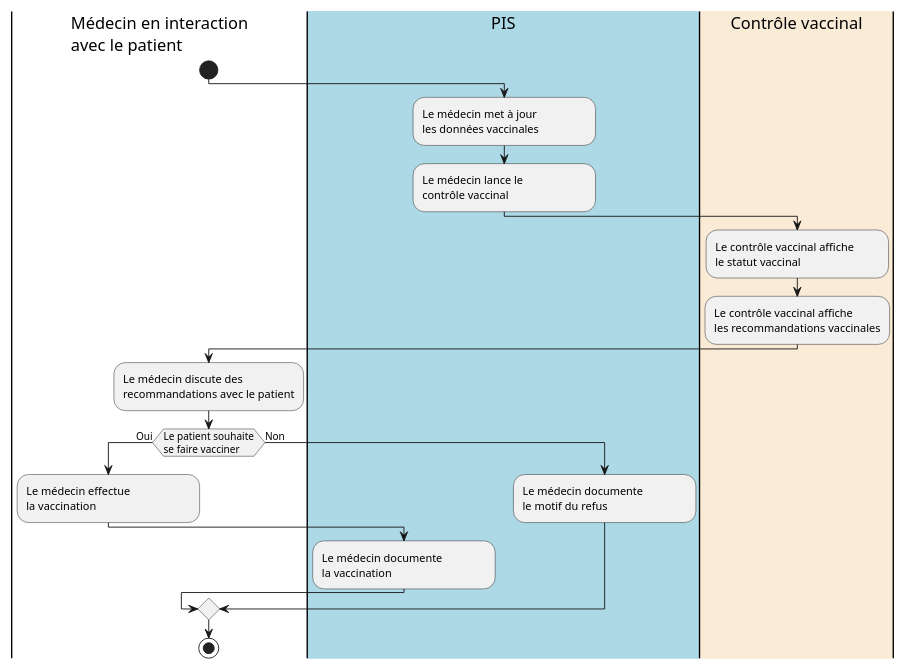
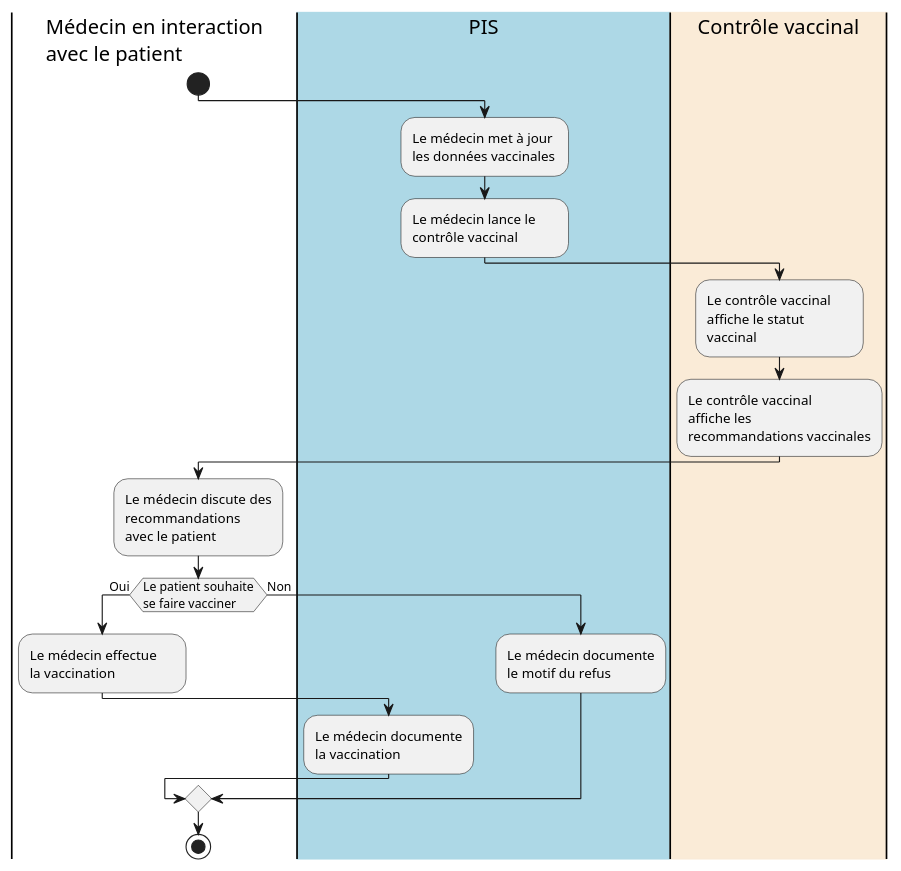
One commit to hl7ch/ch-vacd changed the diagram in input/images-source/use-case-14-impfcheck-arzt-fr.plantuml. Above: the diagram before and after it, drawn with PlantUML. The commit also changed 3 other files, not shown here.

```diff
--- a/input/images-source/use-case-14-impfcheck-arzt-fr.plantuml
+++ b/input/images-source/use-case-14-impfcheck-arzt-fr.plantuml
@@ -1,32 +1,32 @@
 @startuml
 scale max 800 width
 <style>
-element {MinimumWidth 200}
+element {MinimumWidth 150}
 </style>
 
 |Médecin en interaction\navec le patient|
 start
 |#LightBlue|PIS|
 :Le médecin met à jour\nles données vaccinales;
 :Le médecin lance le\ncontrôle vaccinal;
 
 |#AntiqueWhite|Contrôle vaccinal|
-:Le contrôle vaccinal affiche\nle statut vaccinal;
-:Le contrôle vaccinal affiche\nles recommandations vaccinales;
+:Le contrôle vaccinal\naffiche le statut\nvaccinal;
+:Le contrôle vaccinal\naffiche les\nrecommandations vaccinales;
 
 |Médecin en interaction\navec le patient|
-:Le médecin discute des\nrecommandations avec le patient;
+:Le médecin discute des\nrecommandations\navec le patient;
 if (Le patient souhaite\nse faire vacciner) then (Oui)
   :Le médecin effectue\nla vaccination;
   |#LightBlue|PIS|
   :Le médecin documente\nla vaccination;
   |Médecin en interaction\navec le patient|
 else (Non)
   |PIS|
   :Le médecin documente\nle motif du refus;
   |Médecin en interaction\navec le patient|
 endif
 
 stop
 
 @enduml
```
